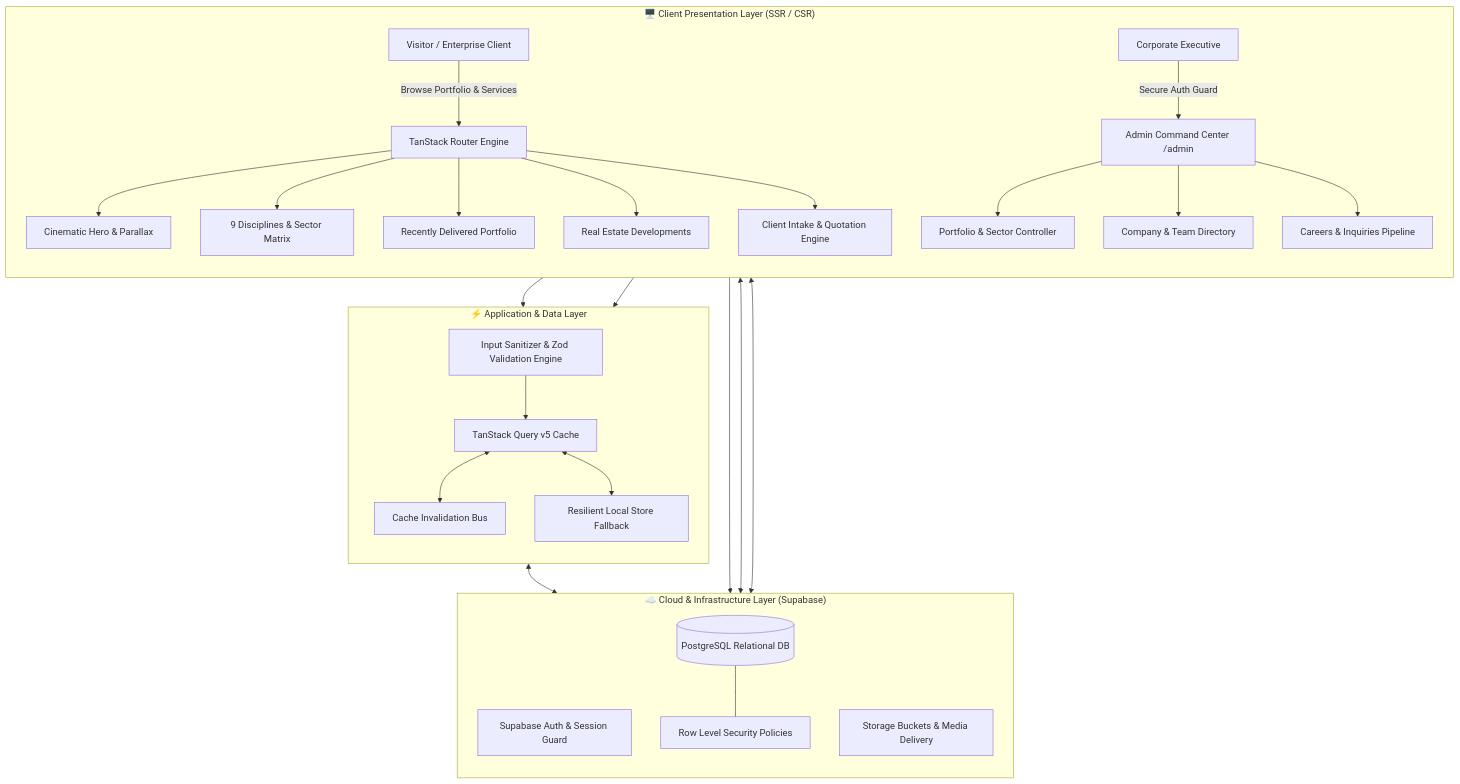
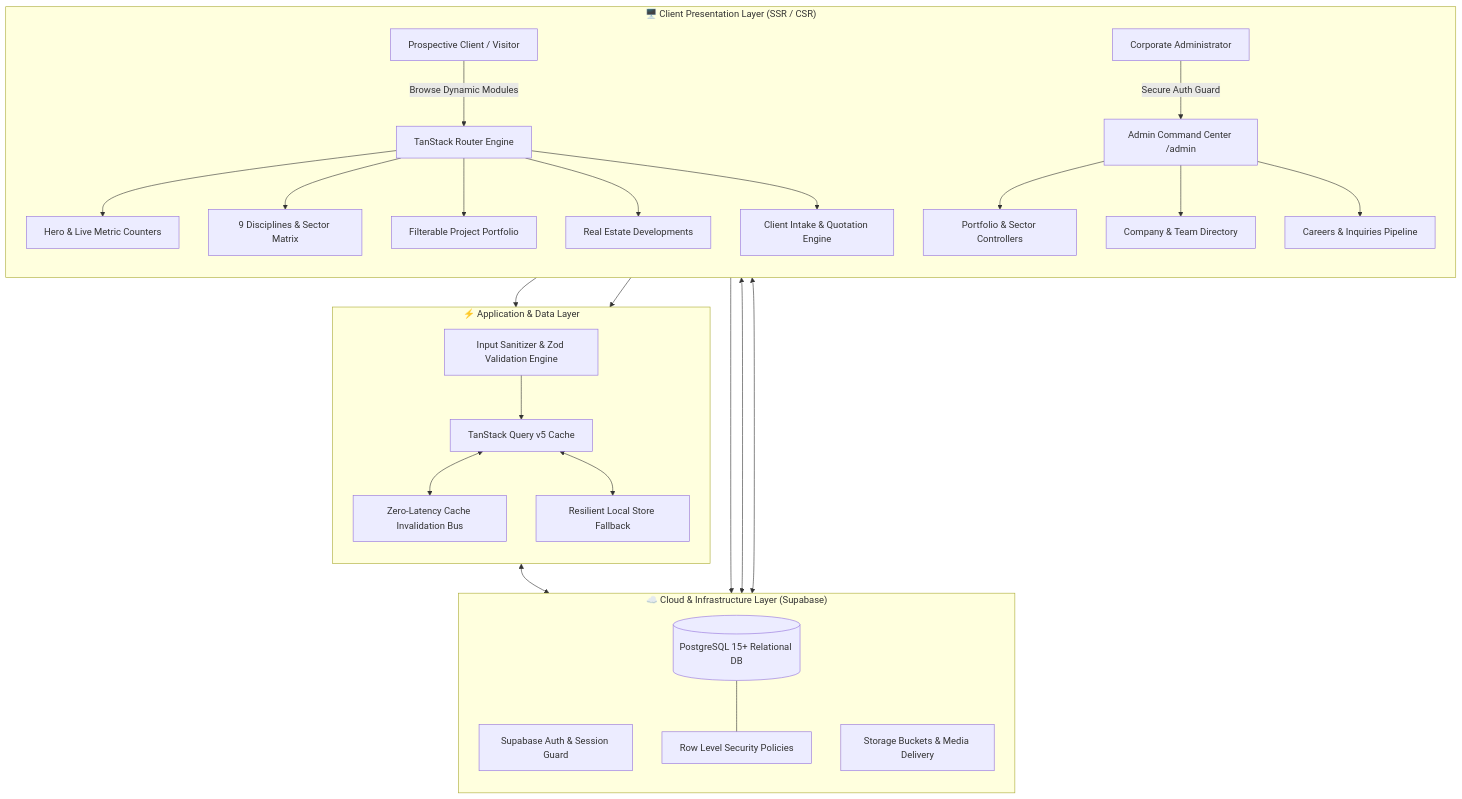
Before and after one commit to faiqabbasi202/amarc: the diagram in docs/ARCHITECTURE.md, drawn with Mermaid. The commit also changed other lines of this file and 2 other files, not shown here.

Commit message:
docs: emphasize dynamic CMS architecture, admin configurability, and turnkey sample purpose

````diff
--- a/docs/ARCHITECTURE.md
+++ b/docs/ARCHITECTURE.md
@@ -13,43 +16,43 @@
 ```mermaid
 flowchart TB
     subgraph ClientLayer["🖥️ Client Presentation Layer (SSR / CSR)"]
         direction TB
-        A[Visitor / Enterprise Client] -->|Browse Portfolio & Services| R1[TanStack Router Engine]
-        Admin[Corporate Executive] -->|Secure Auth Guard| R2[Admin Command Center /admin]
-        R1 --> V1[Cinematic Hero & Parallax]
+        V[Prospective Client / Visitor] -->|Browse Dynamic Modules| R1[TanStack Router Engine]
+        Admin[Corporate Administrator] -->|Secure Auth Guard| R2[Admin Command Center /admin]
+        R1 --> V1[Hero & Live Metric Counters]
         R1 --> V2[9 Disciplines & Sector Matrix]
-        R1 --> V3[Recently Delivered Portfolio]
+        R1 --> V3[Filterable Project Portfolio]
         R1 --> V4[Real Estate Developments]
         R1 --> V5[Client Intake & Quotation Engine]
-        R2 --> AD1[Portfolio & Sector Controller]
+        R2 --> AD1[Portfolio & Sector Controllers]
         R2 --> AD2[Company & Team Directory]
         R2 --> AD3[Careers & Inquiries Pipeline]
     end
 
     subgraph LogicLayer["⚡ Application & Data Layer"]
         direction TB
         Q[TanStack Query v5 Cache]
         VLD[Input Sanitizer & Zod Validation Engine]
         STR[Resilient Local Store Fallback]
-        INV[Cache Invalidation Bus]
+        INV[Zero-Latency Cache Invalidation Bus]
         
         R1 --> Q
         R2 --> VLD
         VLD --> Q
         Q <--> INV
         Q <--> STR
     end
 
     subgraph BackendLayer["☁️ Cloud & Infrastructure Layer (Supabase)"]
         direction TB
         SB_AUTH[Supabase Auth & Session Guard]
-        SB_DB[(PostgreSQL Relational DB)]
+        SB_DB[(PostgreSQL 15+ Relational DB)]
         SB_RLS[Row Level Security Policies]
         SB_CDN[Storage Buckets & Media Delivery]
         
         Q <--> SB_DB
         R2 --> SB_AUTH
         SB_DB --- SB_RLS
         V1 & V2 <--> SB_CDN
     end
 ```
````
